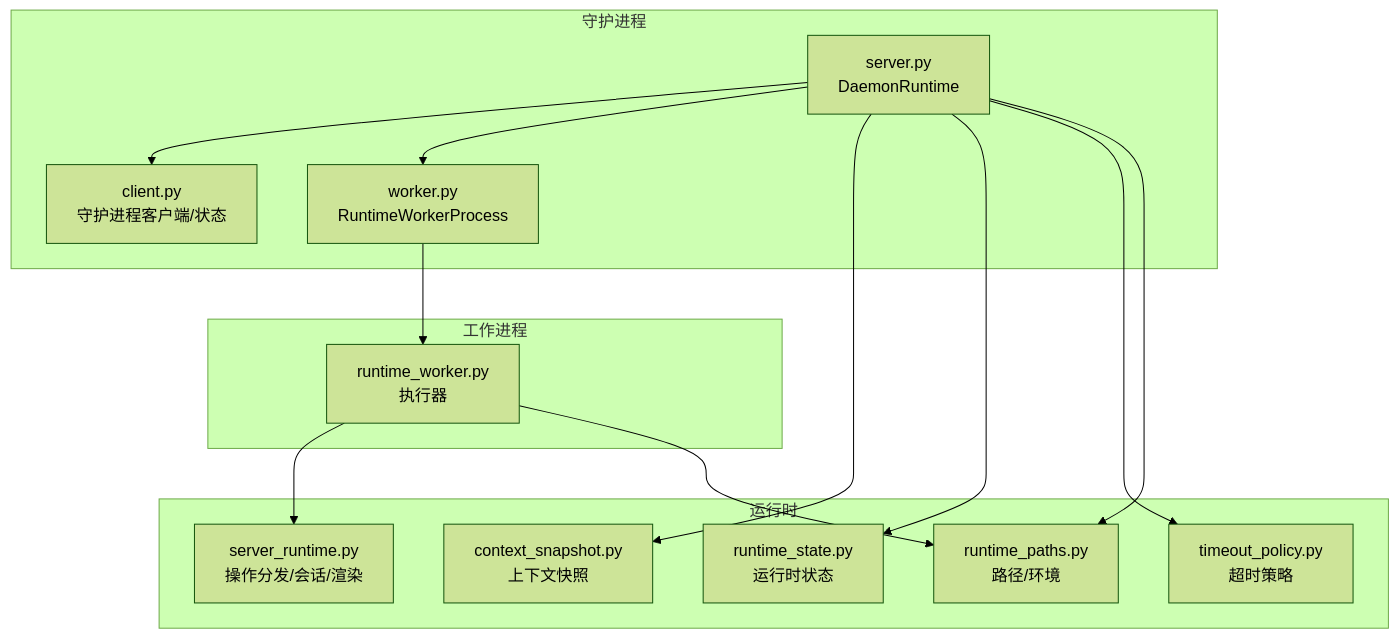
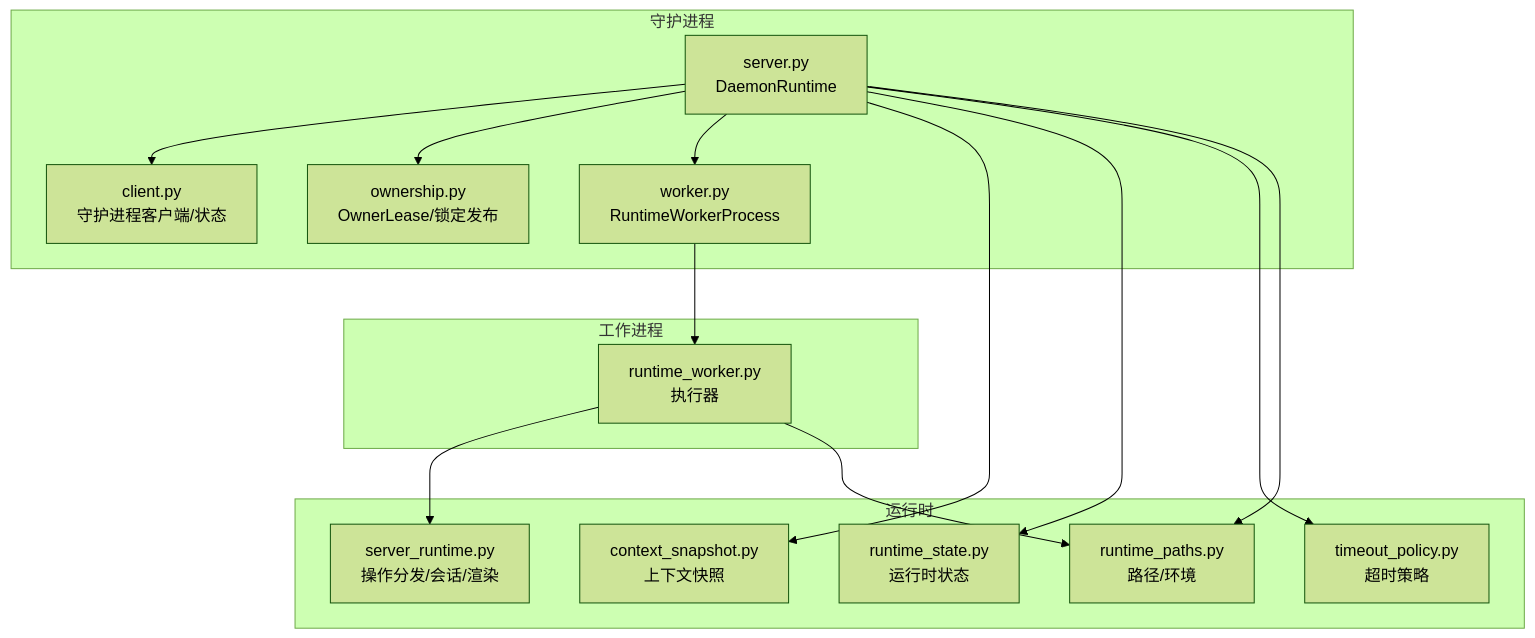
The first of 8 diagrams in .qoder/repowiki/zh/content/架构设计/守护进程通信/守护进程服务器.md (haolange/RDC-Tool), drawn with Mermaid (forest theme) before and after one commit. The commit also changed other lines of this file and 67 other files, not shown here.

````diff
--- a/.qoder/repowiki/zh/content/架构设计/守护进程通信/守护进程服务器.md
+++ b/.qoder/repowiki/zh/content/架构设计/守护进程通信/守护进程服务器.md
@@ -42,27 +53,29 @@
 ```mermaid
 graph TB
 subgraph "守护进程"
 S["server.py<br/>DaemonRuntime"]
 C["client.py<br/>守护进程客户端/状态"]
+O["ownership.py<br/>OwnerLease/锁定发布"]
 W["worker.py<br/>RuntimeWorkerProcess"]
 end
 subgraph "工作进程"
 RW["runtime_worker.py<br/>执行器"]
 end
 subgraph "运行时"
 SR["server_runtime.py<br/>操作分发/会话/渲染"]
 CS["context_snapshot.py<br/>上下文快照"]
 RS["runtime_state.py<br/>运行时状态"]
 TP["timeout_policy.py<br/>超时策略"]
 RP["runtime_paths.py<br/>路径/环境"]
 end
 S --> C
+S --> O
 S --> W
 W --> RW
 RW --> SR
 S --> CS
 S --> RS
 S --> TP
 S --> RP
 RW --> RP
 ```
````
